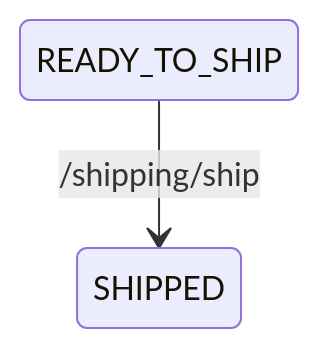
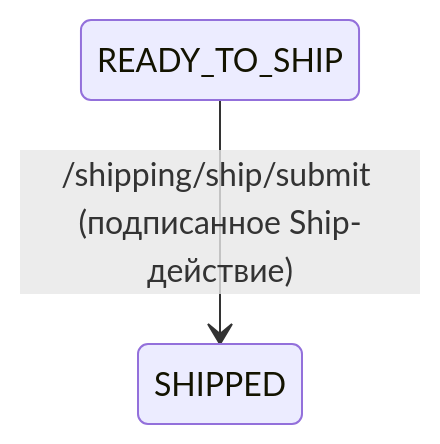
Before and after one commit to oglenyaboss/avalanche-wms: the third of 7 diagrams in docs/flows/shipping-flow.md, drawn with Mermaid. The commit also changed other lines of this file and 10 other files, not shown here.

````diff
--- a/docs/flows/shipping-flow.md
+++ b/docs/flows/shipping-flow.md
@@ -102,4 +114,4 @@
 ```mermaid
 stateDiagram-v2
-    READY_TO_SHIP --> SHIPPED : /shipping/ship
+    READY_TO_SHIP --> SHIPPED : /shipping/ship/submit (подписанное Ship-действие)
 ```
````
